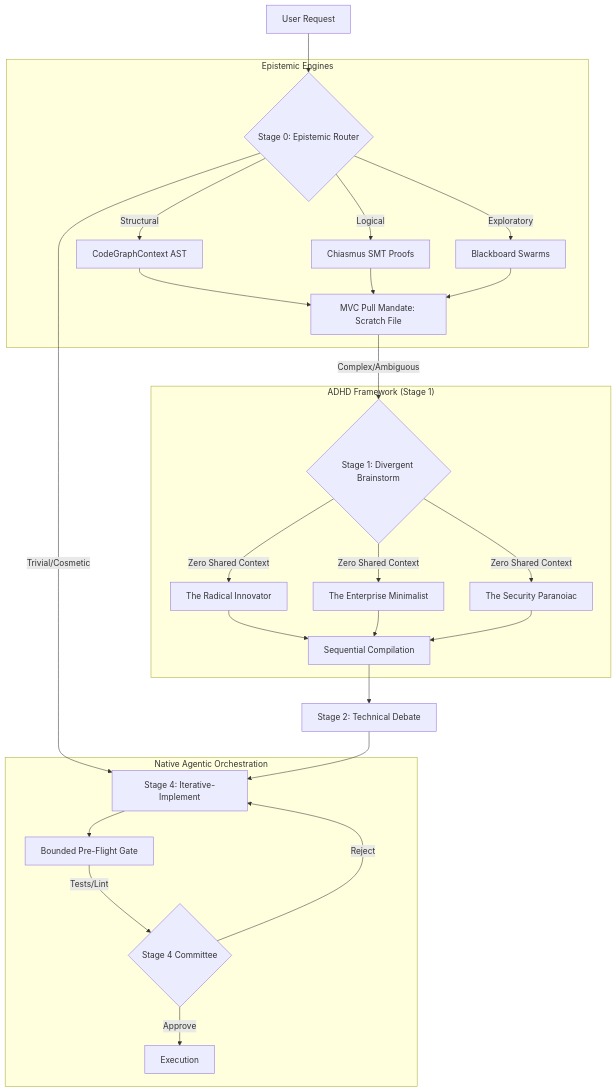
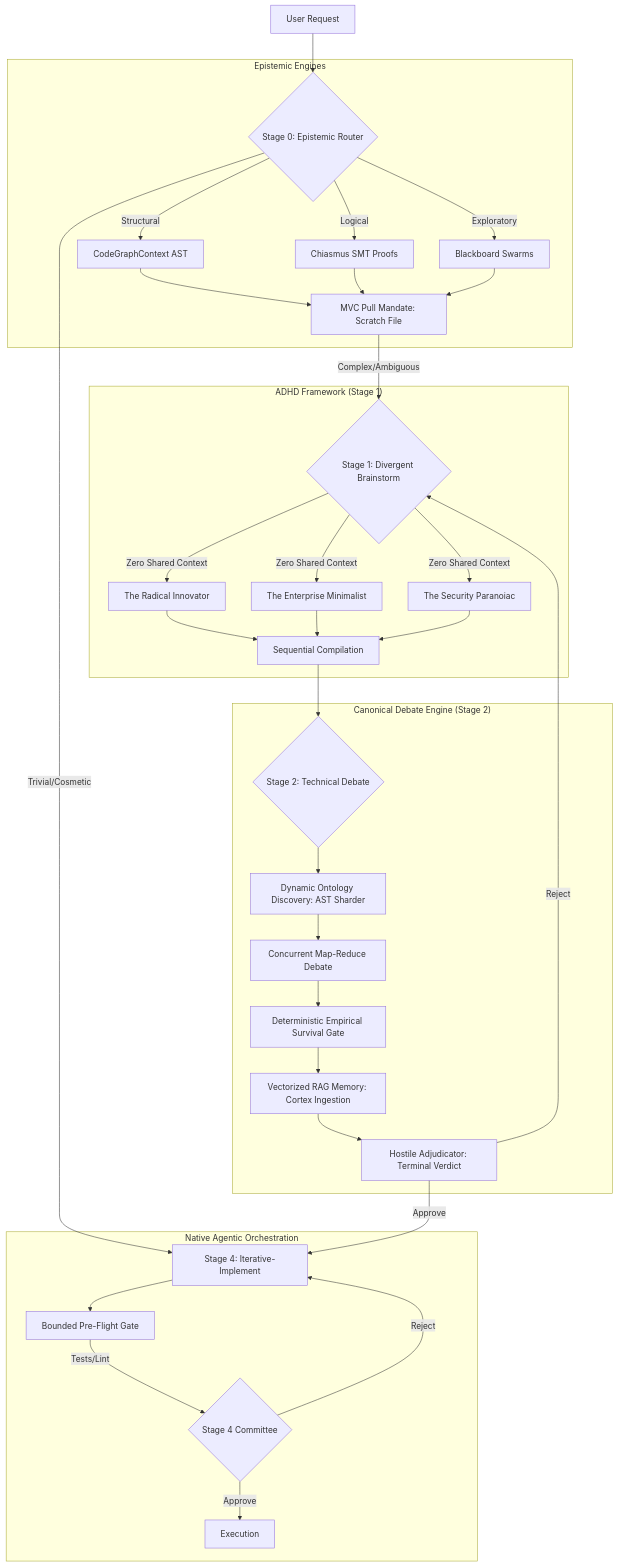
One commit to nferrer-dev/antigravity-core changed the diagram in README.md. Above: the diagram before and after it, drawn with Mermaid.

Commit message:
Expand Stage 2 Canonical Debate Engine in Mermaid diagram

````diff
--- a/README.md
+++ b/README.md
@@ -18,35 +18,45 @@
 ```mermaid
 graph TD
     A[User Request] --> B{Stage 0: Epistemic Router}
     
     subgraph "Epistemic Engines"
     B -->|Structural| S1[CodeGraphContext AST]
     B -->|Logical| S2[Chiasmus SMT Proofs]
     B -->|Exploratory| S3[Blackboard Swarms]
     S1 --> S4[MVC Pull Mandate: Scratch File]
     S2 --> S4
     S3 --> S4
     end
 
     S4 -->|Complex/Ambiguous| C{Stage 1: Divergent Brainstorm}
     B -->|Trivial/Cosmetic| E[Stage 4: Iterative-Implement]
     
     subgraph "ADHD Framework (Stage 1)"
     C -->|Zero Shared Context| C1[The Radical Innovator]
     C -->|Zero Shared Context| C2[The Enterprise Minimalist]
     C -->|Zero Shared Context| C3[The Security Paranoiac]
     C1 --> C4[Sequential Compilation]
     C2 --> C4
     C3 --> C4
     end
     
-    C4 --> D[Stage 2: Technical Debate]
-    D --> E
+    C4 --> D{Stage 2: Technical Debate}
+    
+    subgraph "Canonical Debate Engine (Stage 2)"
+    D --> D1[Dynamic Ontology Discovery: AST Sharder]
+    D1 --> D2[Concurrent Map-Reduce Debate]
+    D2 --> D3[Deterministic Empirical Survival Gate]
+    D3 --> D4[Vectorized RAG Memory: Cortex Ingestion]
+    D4 --> D5[Hostile Adjudicator: Terminal Verdict]
+    end
+    
+    D5 -->|Approve| E
+    D5 -->|Reject| C
     
     subgraph "Native Agentic Orchestration"
     E --> F[Bounded Pre-Flight Gate]
     F -->|Tests/Lint| G{Stage 4 Committee}
     G -->|Reject| E
     G -->|Approve| H[Execution]
     end
 ```
````
